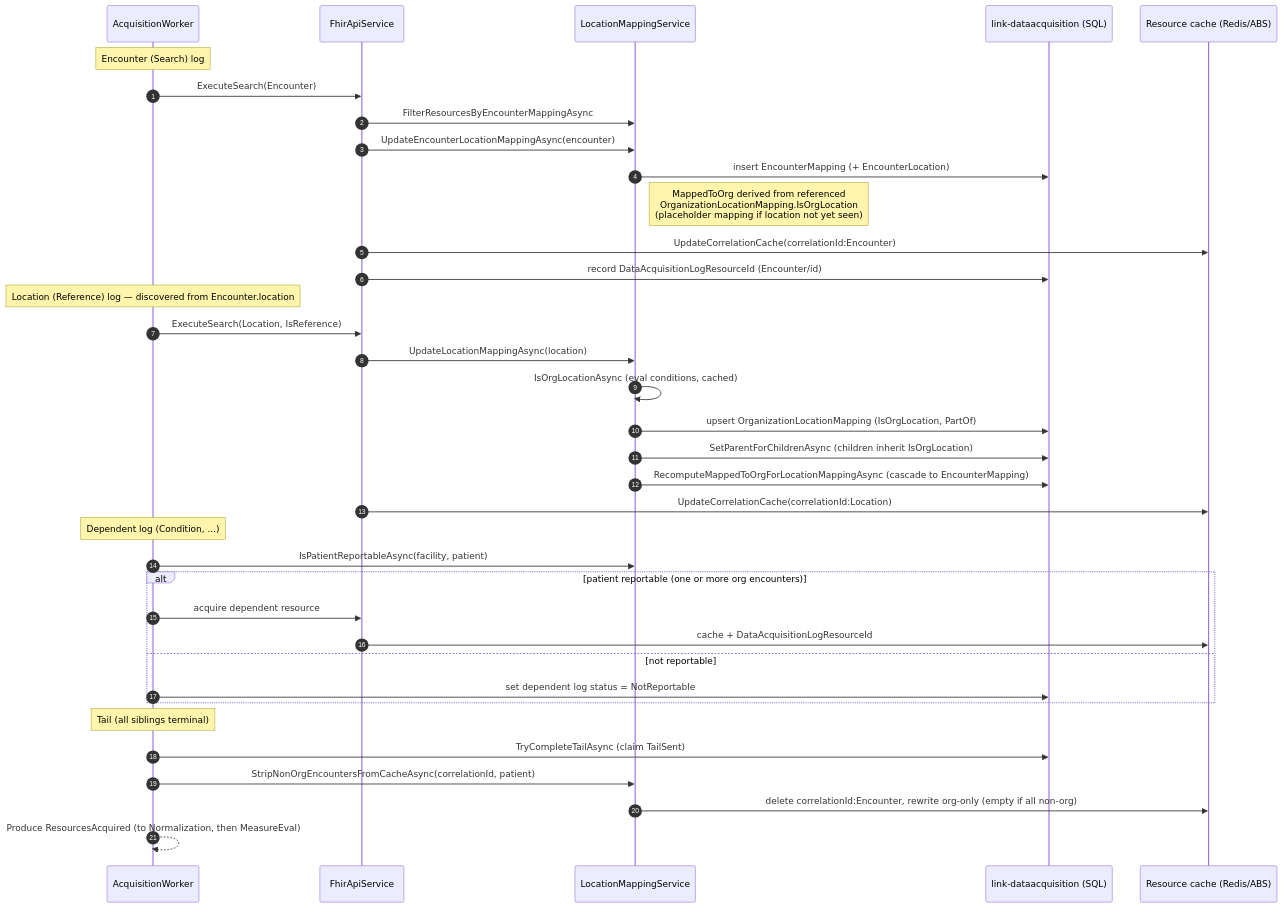
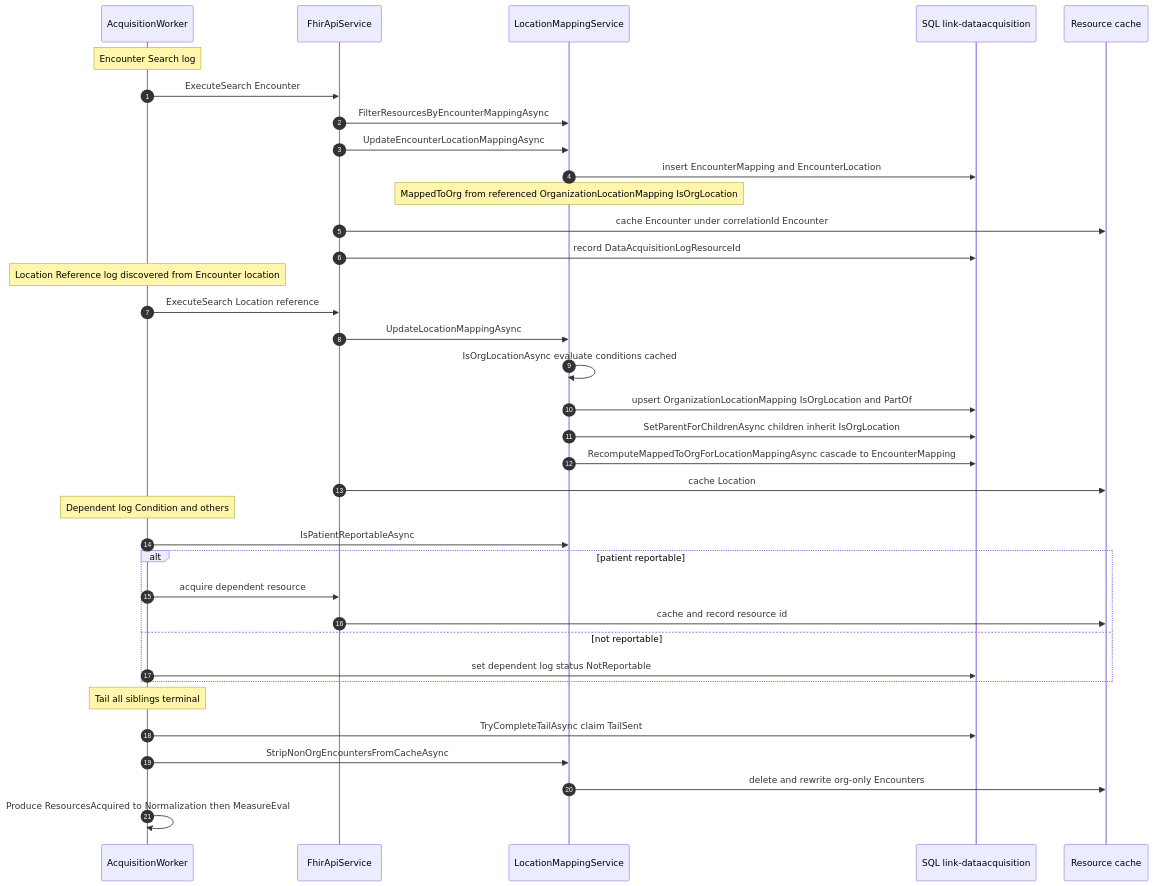
Before and after one commit to lantanagroup/link-cloud: the second of 3 diagrams in DotNet/DataAcquisition.Domain/Docs/OrgLocationMapping-AsBuilt.md, drawn with Mermaid. The commit also changed other lines of this file, not shown here.

First line of the commit message:
LEGLINK-142: Make org-location as-built diagrams GitHub-renderable

````diff
--- a/DotNet/DataAcquisition.Domain/Docs/OrgLocationMapping-AsBuilt.md
+++ b/DotNet/DataAcquisition.Domain/Docs/OrgLocationMapping-AsBuilt.md
@@ -155,42 +177,42 @@
 ```mermaid
 sequenceDiagram
     autonumber
     participant W as AcquisitionWorker
     participant FA as FhirApiService
     participant LMS as LocationMappingService
-    participant DB as link-dataacquisition (SQL)
-    participant RC as Resource cache (Redis/ABS)
+    participant DB as SQL link-dataacquisition
+    participant RC as Resource cache
 
-    Note over W: Encounter (Search) log
-    W->>FA: ExecuteSearch(Encounter)
+    Note over W: Encounter Search log
+    W->>FA: ExecuteSearch Encounter
     FA->>LMS: FilterResourcesByEncounterMappingAsync
-    FA->>LMS: UpdateEncounterLocationMappingAsync(encounter)
-    LMS->>DB: insert EncounterMapping (+ EncounterLocation)
-    Note right of LMS: MappedToOrg derived from referenced<br/>OrganizationLocationMapping.IsOrgLocation<br/>(placeholder mapping if location not yet seen)
-    FA->>RC: UpdateCorrelationCache(correlationId:Encounter)
-    FA->>DB: record DataAcquisitionLogResourceId (Encounter/id)
+    FA->>LMS: UpdateEncounterLocationMappingAsync
+    LMS->>DB: insert EncounterMapping and EncounterLocation
+    Note over LMS: MappedToOrg from referenced OrganizationLocationMapping IsOrgLocation
+    FA->>RC: cache Encounter under correlationId Encounter
+    FA->>DB: record DataAcquisitionLogResourceId
 
-    Note over W: Location (Reference) log — discovered from Encounter.location
-    W->>FA: ExecuteSearch(Location, IsReference)
-    FA->>LMS: UpdateLocationMappingAsync(location)
-    LMS->>LMS: IsOrgLocationAsync (eval conditions, cached)
-    LMS->>DB: upsert OrganizationLocationMapping (IsOrgLocation, PartOf)
-    LMS->>DB: SetParentForChildrenAsync (children inherit IsOrgLocation)
-    LMS->>DB: RecomputeMappedToOrgForLocationMappingAsync (cascade to EncounterMapping)
-    FA->>RC: UpdateCorrelationCache(correlationId:Location)
+    Note over W: Location Reference log discovered from Encounter location
+    W->>FA: ExecuteSearch Location reference
+    FA->>LMS: UpdateLocationMappingAsync
+    LMS->>LMS: IsOrgLocationAsync evaluate conditions cached
+    LMS->>DB: upsert OrganizationLocationMapping IsOrgLocation and PartOf
+    LMS->>DB: SetParentForChildrenAsync children inherit IsOrgLocation
+    LMS->>DB: RecomputeMappedToOrgForLocationMappingAsync cascade to EncounterMapping
+    FA->>RC: cache Location
 
-    Note over W: Dependent log (Condition, ...)
-    W->>LMS: IsPatientReportableAsync(facility, patient)
-    alt patient reportable (one or more org encounters)
+    Note over W: Dependent log Condition and others
+    W->>LMS: IsPatientReportableAsync
+    alt patient reportable
         W->>FA: acquire dependent resource
-        FA->>RC: cache + DataAcquisitionLogResourceId
+        FA->>RC: cache and record resource id
     else not reportable
-        W->>DB: set dependent log status = NotReportable
+        W->>DB: set dependent log status NotReportable
     end
 
-    Note over W: Tail (all siblings terminal)
-    W->>DB: TryCompleteTailAsync (claim TailSent)
-    W->>LMS: StripNonOrgEncountersFromCacheAsync(correlationId, patient)
-    LMS->>RC: delete correlationId:Encounter, rewrite org-only (empty if all non-org)
-    W-->>W: Produce ResourcesAcquired (to Normalization, then MeasureEval)
+    Note over W: Tail all siblings terminal
+    W->>DB: TryCompleteTailAsync claim TailSent
+    W->>LMS: StripNonOrgEncountersFromCacheAsync
+    LMS->>RC: delete and rewrite org-only Encounters
+    W->>W: Produce ResourcesAcquired to Normalization then MeasureEval
 ```
````
